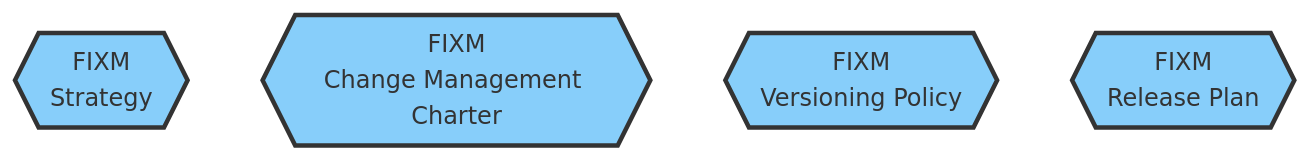
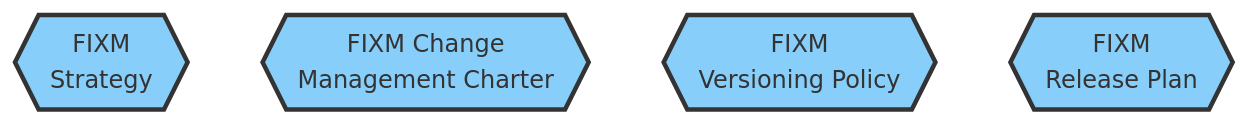
One commit to hlepori/test_docsify changed the diagram in docs/home.md. Above: the diagram before and after it, drawn with Mermaid.

````diff
--- a/docs/home.md
+++ b/docs/home.md
@@ -9,14 +9,14 @@
 ```mermaid
 graph TD
 STRATEGY{{FIXM<br>Strategy}}
-CHARTER{{FIXM<br>Change Management Charter}}
+CHARTER{{FIXM Change<br>Management Charter}}
 VERSIONING{{FIXM<br>Versioning Policy}}
 RELEASEPLAN{{FIXM<br>Release Plan}}
 
 style STRATEGY fill:#87CEFA,stroke:#333,stroke-width:3px
 style CHARTER fill:#87CEFA,stroke:#333,stroke-width:3px
 style VERSIONING fill:#87CEFA,stroke:#333,stroke-width:3px
 style RELEASEPLAN fill:#87CEFA,stroke:#333,stroke-width:3px
 
 click STRATEGY "https://ost.eurocontrol.int/sites/FIXM/Lists/Bug%20reports/AllItems.aspx" "Go to the FIXM Strategy" _blank
 ```
````
